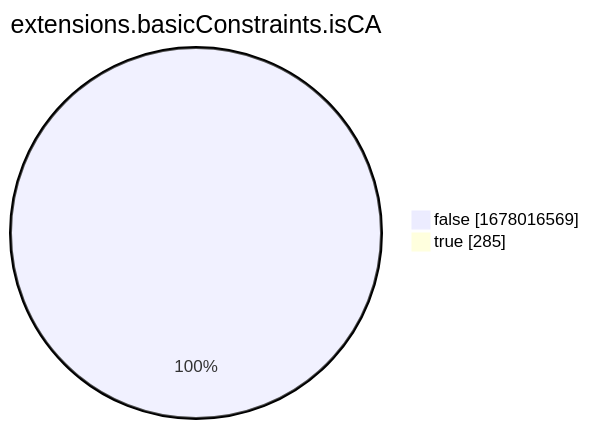
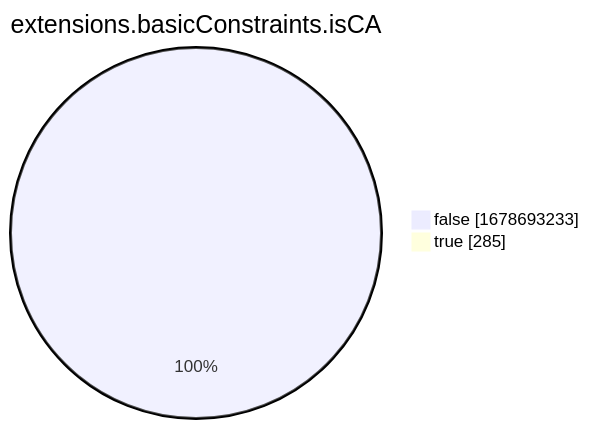
One commit to christiankrug/ctmonitor_visualization changed the eighth of 15 diagrams in xenon2022/README.md. Above: the diagram before and after it, drawn with Mermaid. The commit also changed other lines of this file, not shown here.

````diff
--- a/xenon2022/README.md
+++ b/xenon2022/README.md
@@ -2865,6 +2865,6 @@
 ```mermaid
 pie showData
 title extensions.basicConstraints.isCA
-"false" :1678016569
+"false" :1678693233
 "true" :285
 ```
````
